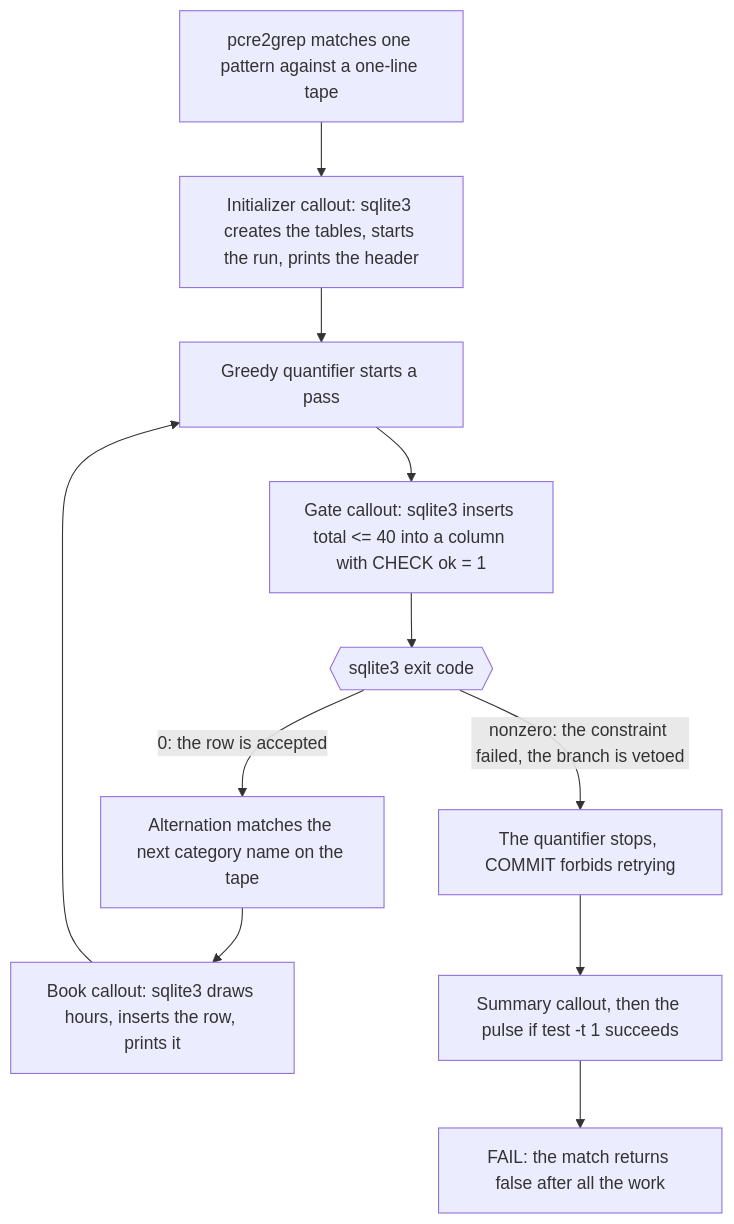
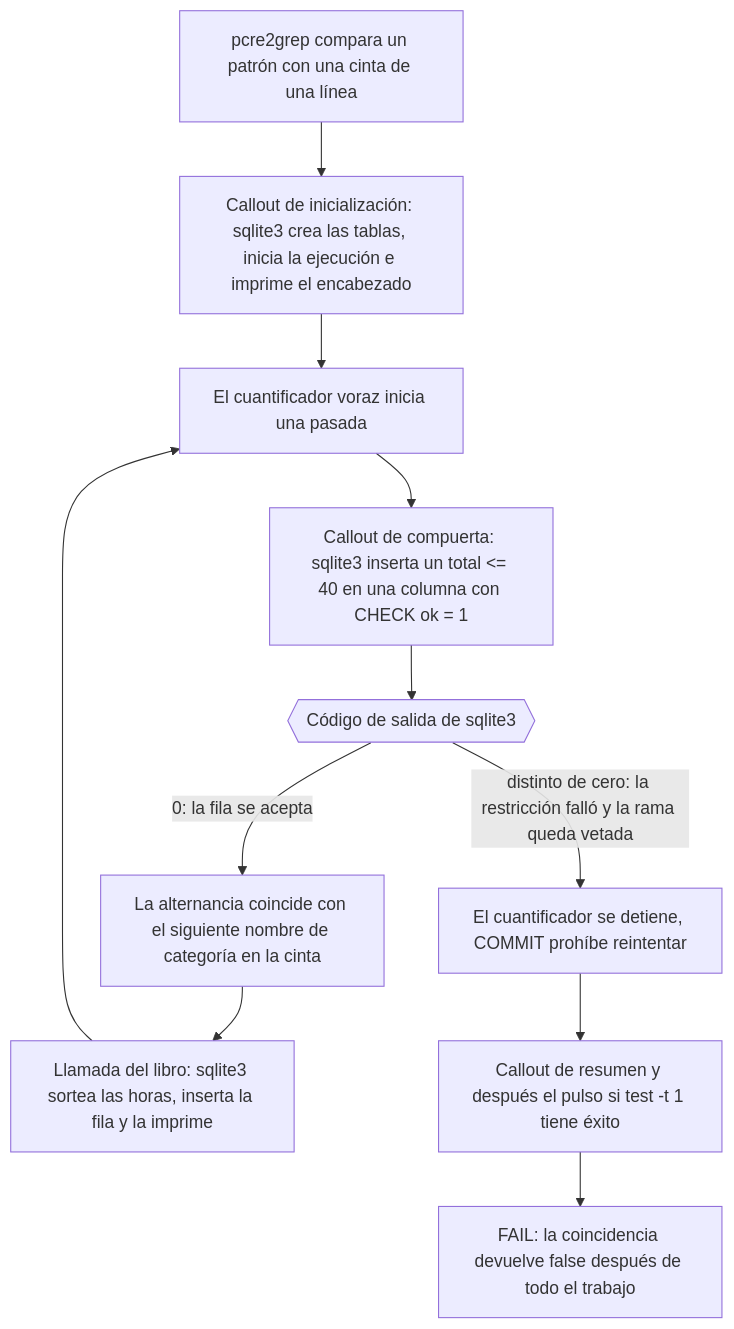
One commit to dullroar/aprende-a-programar-como-un-bicho-raro changed the diagram in src/regex-pcre2grep/README.md. Above: the diagram before and after it, drawn with Mermaid. The commit also changed other lines of this file and 15 other files, not shown here.

Commit message:
loop(P4-src-12): src/regex-dotnet, src/regex-pcre2 and src/regex-pcre2grep READMEs translated (154 segments); I22, I3, I25, I15 and front-matter fixes, verb, product-name and exit-code waivers; H012 recorded; anchors relinked

````diff
--- a/src/regex-pcre2grep/README.md
+++ b/src/regex-pcre2grep/README.md
@@ -72,15 +72,15 @@
 ```mermaid
 flowchart TD
-    accTitle: regex-pcre2grep: each callout runs sqlite3, and its exit code is the decision
-    accDescr: A flowchart. pcre2grep matches one pattern against a one-line tape. An initializing callout runs sqlite3 to create the tables and start a run. A greedy quantifier repeats a pass. At each pass a gate callout inserts a total-is-at-most-40 value into a table with a constraint that requires it to be true. If it is, sqlite3 exits with 0 and the pass continues. If it is not, the constraint fails, sqlite3 exits nonzero, and the branch is vetoed, so the loop ends. The category alternation matches the next name on the tape, and a book callout runs sqlite3 to insert and print the row. After the loop, a commit verb, a summary callout and the optional pulse run, and a final fail verb makes the match return false.
-    A["pcre2grep matches one pattern against a one-line tape"] --> B["Initializer callout: sqlite3 creates the tables, starts the run, prints the header"]
-    B --> C["Greedy quantifier starts a pass"]
-    C --> D["Gate callout: sqlite3 inserts total <= 40 into a column with CHECK ok = 1"]
-    D --> E{{"sqlite3 exit code"}}
-    E -->|"0: the row is accepted"| F["Alternation matches the next category name on the tape"]
-    F --> G["Book callout: sqlite3 draws hours, inserts the row, prints it"]
+    accTitle: regex-pcre2grep: cada callout ejecuta sqlite3 y su código de salida es la decisión
+    accDescr: Un diagrama de flujo. pcre2grep busca una coincidencia de un patrón en una cinta de una línea. Un callout de inicialización ejecuta sqlite3 para crear las tablas e iniciar una ejecución. Un cuantificador voraz repite una pasada. En cada pasada, un callout de compuerta inserta en una tabla un valor que indica si el total no pasa de 40, y la tabla tiene una restricción que exige que ese valor sea verdadero. Si lo es, sqlite3 termina con 0 y la pasada continúa. Si no lo es, la restricción falla, sqlite3 termina con un código distinto de cero y la rama se veta, así que el bucle termina. La alternancia de categorías coincide con el siguiente nombre de la cinta, y un callout de libro ejecuta sqlite3 para insertar e imprimir la fila. Después del bucle se ejecutan un verbo commit, un callout de resumen y el pulse opcional, y un verbo fail final hace que la coincidencia devuelva falso.
+    A["pcre2grep compara un patrón con una cinta de una línea"] --> B["Callout de inicialización: sqlite3 crea las tablas, inicia la ejecución e imprime el encabezado"]
+    B --> C["El cuantificador voraz inicia una pasada"]
+    C --> D["Callout de compuerta: sqlite3 inserta un total <= 40 en una columna con CHECK ok = 1"]
+    D --> E{{"Código de salida de sqlite3"}}
+    E -->|"0: la fila se acepta"| F["La alternancia coincide con el siguiente nombre de categoría en la cinta"]
+    F --> G["Llamada del libro: sqlite3 sortea las horas, inserta la fila y la imprime"]
     G --> C
-    E -->|"nonzero: the constraint failed, the branch is vetoed"| H["The quantifier stops, COMMIT forbids retrying"]
-    H --> I["Summary callout, then the pulse if test -t 1 succeeds"]
-    I --> J["FAIL: the match returns false after all the work"]
+    E -->|"distinto de cero: la restricción falló y la rama queda vetada"| H["El cuantificador se detiene, COMMIT prohíbe reintentar"]
+    H --> I["Callout de resumen y después el pulso si test -t 1 tiene éxito"]
+    I --> J["FAIL: la coincidencia devuelve false después de todo el trabajo"]
 ```
````
